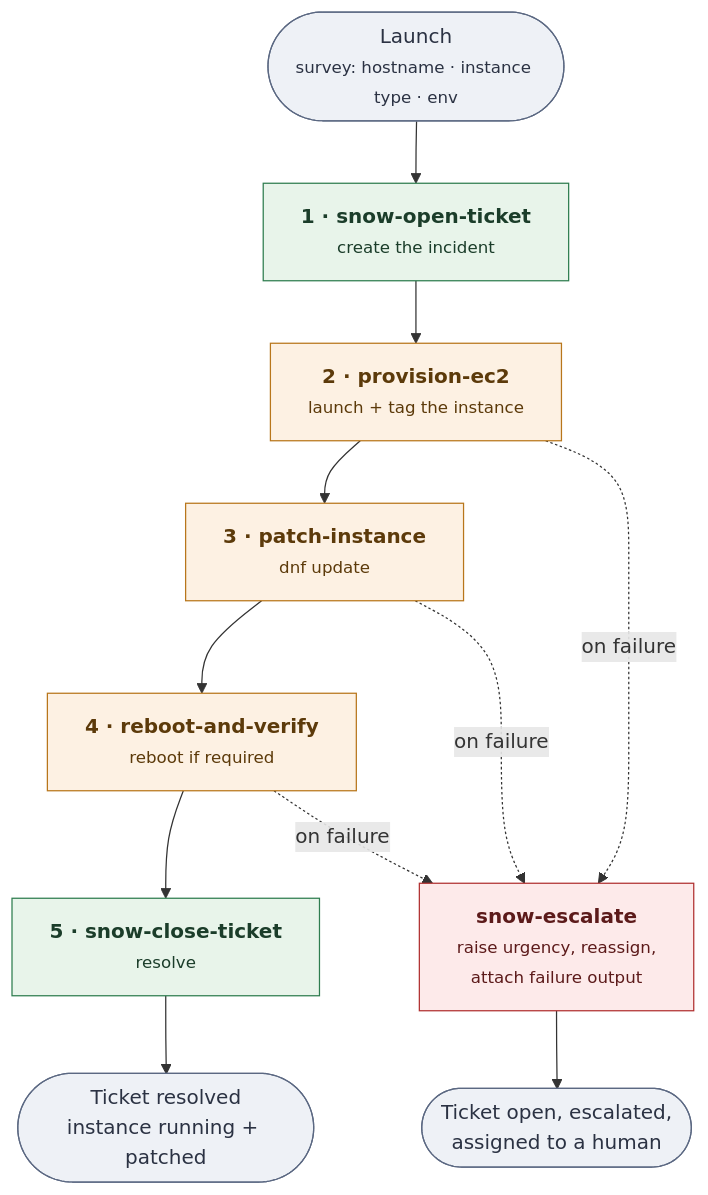
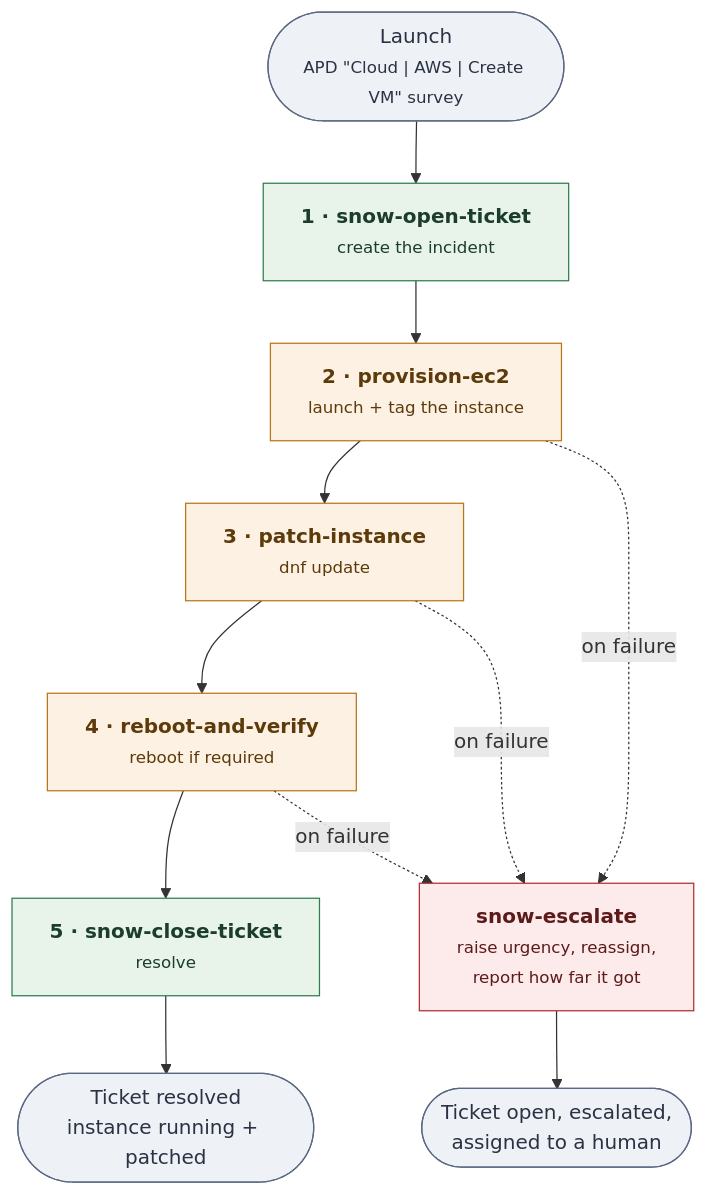
One commit to deperr/aap-snow changed the diagram in README.md. Above: the diagram before and after it, drawn with Mermaid. The commit also changed other lines of this file, not shown here.

````diff
--- a/README.md
+++ b/README.md
@@ -12,30 +12,30 @@
 ```mermaid
 flowchart TD
-    L(["Launch<br/><small>survey: hostname · instance type · env</small>"])
+    L(["Launch<br/><small>APD &quot;Cloud | AWS | Create VM&quot; survey</small>"])
 
     N1["<b>1 · snow-open-ticket</b><br/><small>create the incident</small>"]
     N2["<b>2 · provision-ec2</b><br/><small>launch + tag the instance</small>"]
     N3["<b>3 · patch-instance</b><br/><small>dnf update</small>"]
     N4["<b>4 · reboot-and-verify</b><br/><small>reboot if required</small>"]
     N5["<b>5 · snow-close-ticket</b><br/><small>resolve</small>"]
-    NE["<b>snow-escalate</b><br/><small>raise urgency, reassign,<br/>attach failure output</small>"]
+    NE["<b>snow-escalate</b><br/><small>raise urgency, reassign,<br/>report how far it got</small>"]
 
     R(["Ticket resolved<br/>instance running + patched"])
     X(["Ticket open, escalated,<br/>assigned to a human"])
 
     L --> N1 --> N2 --> N3 --> N4 --> N5 --> R
     N2 -. "on failure" .-> NE
     N3 -. "on failure" .-> NE
     N4 -. "on failure" .-> NE
     NE --> X
 
     classDef snow fill:#e8f4ea,stroke:#2e7d4f,color:#1b3d2a
     classDef aws fill:#fdf1e3,stroke:#b8761b,color:#5c3a0a
     classDef fail fill:#fdeaea,stroke:#b03030,color:#5c1a1a
     classDef term fill:#eef1f6,stroke:#5b6882,color:#2b3243
 
     class N1,N5 snow
     class N2,N3,N4 aws
     class NE fail
     class L,R,X term
 ```
````
